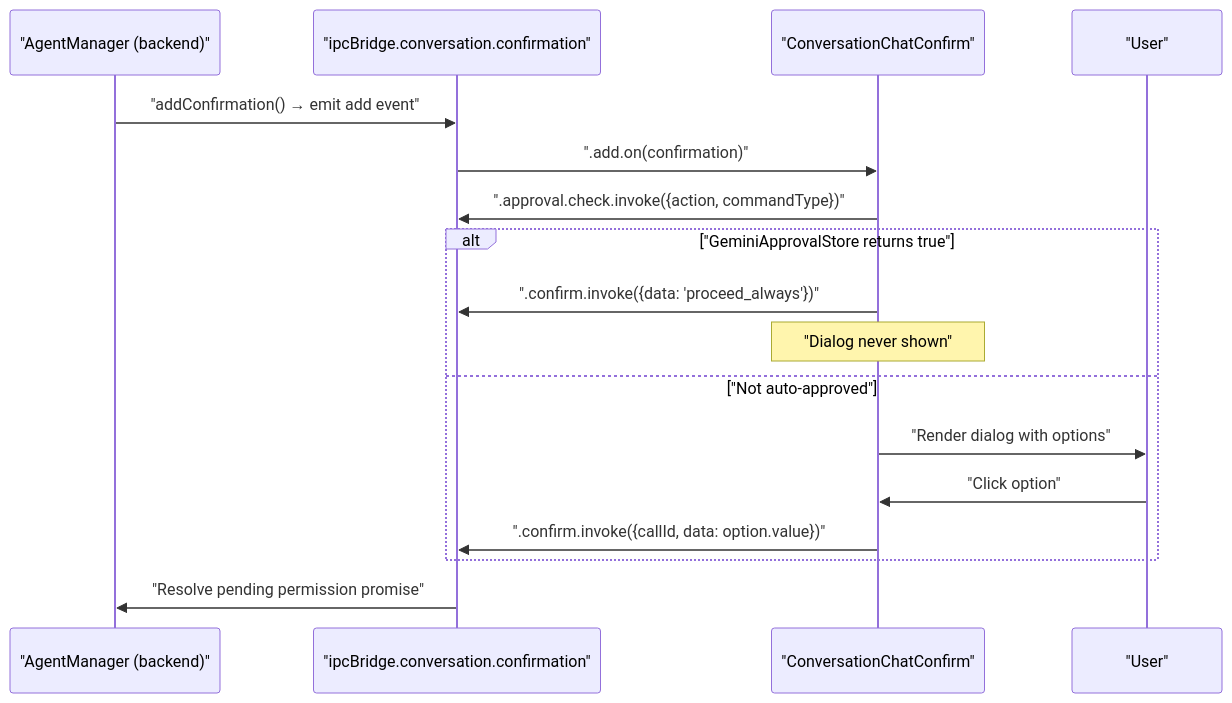
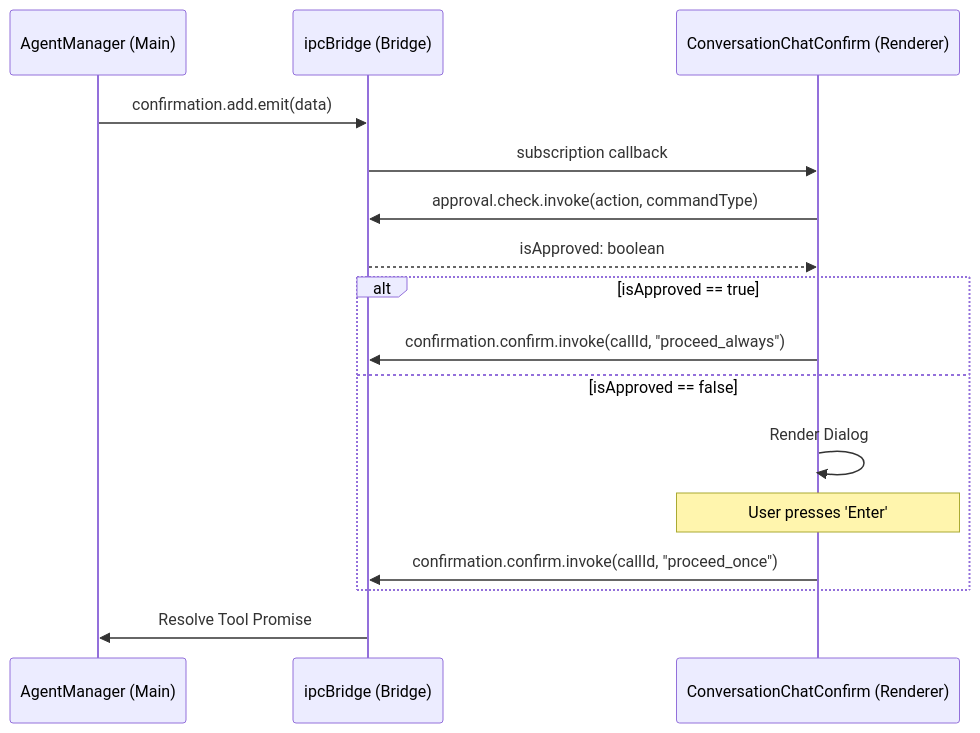
Before and after one commit to blackcater/zentree: the third of 3 diagrams in docs/iOfficeAI_AionUi/advanced-topics/permission-and-confirmation-system.md, drawn with Mermaid. The commit also changed other lines of this file and 232 other files, not shown here.

````diff
--- a/docs/iOfficeAI_AionUi/advanced-topics/permission-and-confirmation-system.md
+++ b/docs/iOfficeAI_AionUi/advanced-topics/permission-and-confirmation-system.md
@@ -407,20 +181,20 @@
 ```mermaid
 sequenceDiagram
-    participant BE as "AgentManager (backend)"
-    participant IPC as "ipcBridge.conversation.confirmation"
-    participant CC as "ConversationChatConfirm"
-    participant UI as "User"
+    participant Agent as AgentManager (Main)
+    participant IPC as ipcBridge (Bridge)
+    participant UI as ConversationChatConfirm (Renderer)
 
-    BE->>IPC: "addConfirmation() → emit add event"
-    IPC->>CC: ".add.on(confirmation)"
-    CC->>IPC: ".approval.check.invoke({action, commandType})"
-    alt "GeminiApprovalStore returns true"
-        CC->>IPC: ".confirm.invoke({data: 'proceed_always'})"
-        note over CC: "Dialog never shown"
-    else "Not auto-approved"
-        CC->>UI: "Render dialog with options"
-        UI->>CC: "Click option"
-        CC->>IPC: ".confirm.invoke({callId, data: option.value})"
+    Agent->>IPC: confirmation.add.emit(data)
+    IPC->>UI: subscription callback
+    UI->>IPC: approval.check.invoke(action, commandType)
+    IPC-->>UI: isApproved: boolean
+    
+    alt isApproved == true
+        UI->>IPC: confirmation.confirm.invoke(callId, "proceed_always")
+    else isApproved == false
+        UI->>UI: Render Dialog
+        Note over UI: User presses 'Enter'
+        UI->>IPC: confirmation.confirm.invoke(callId, "proceed_once")
     end
-    IPC->>BE: "Resolve pending permission promise"
+    IPC->>Agent: Resolve Tool Promise
 ```
````
